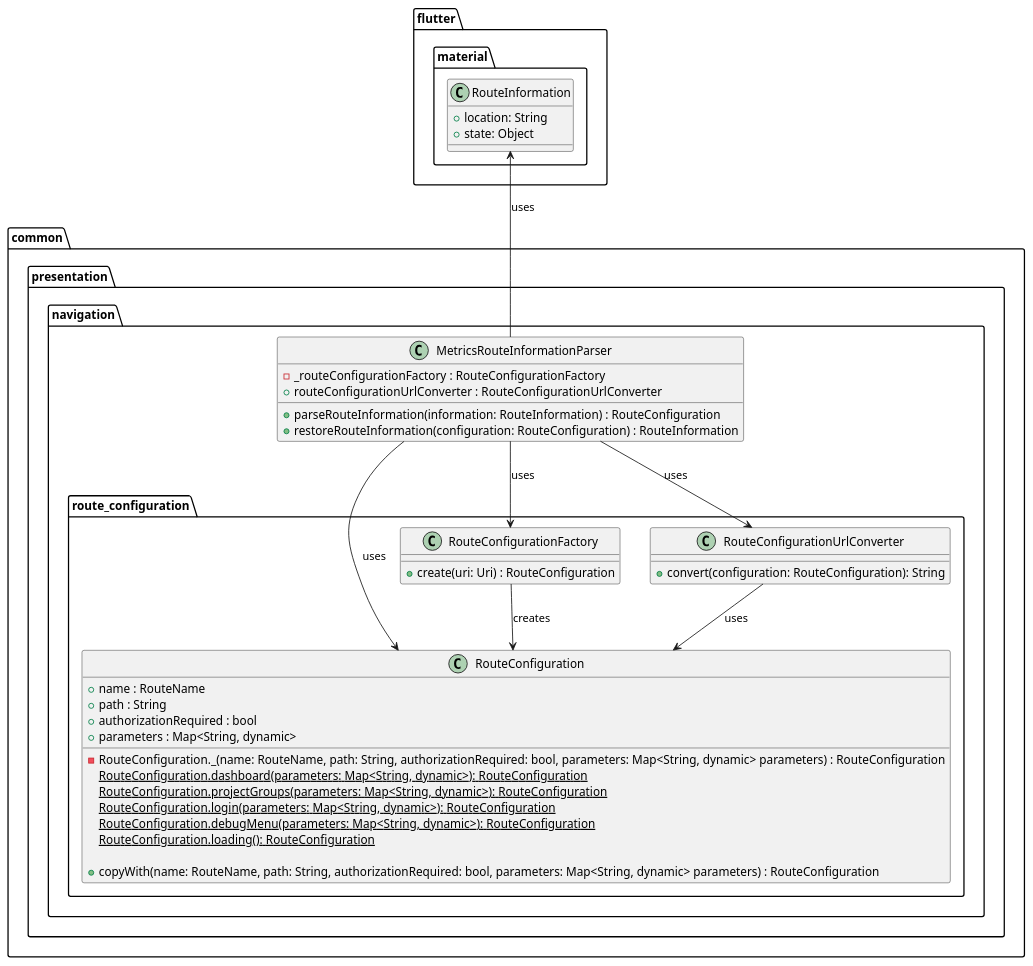
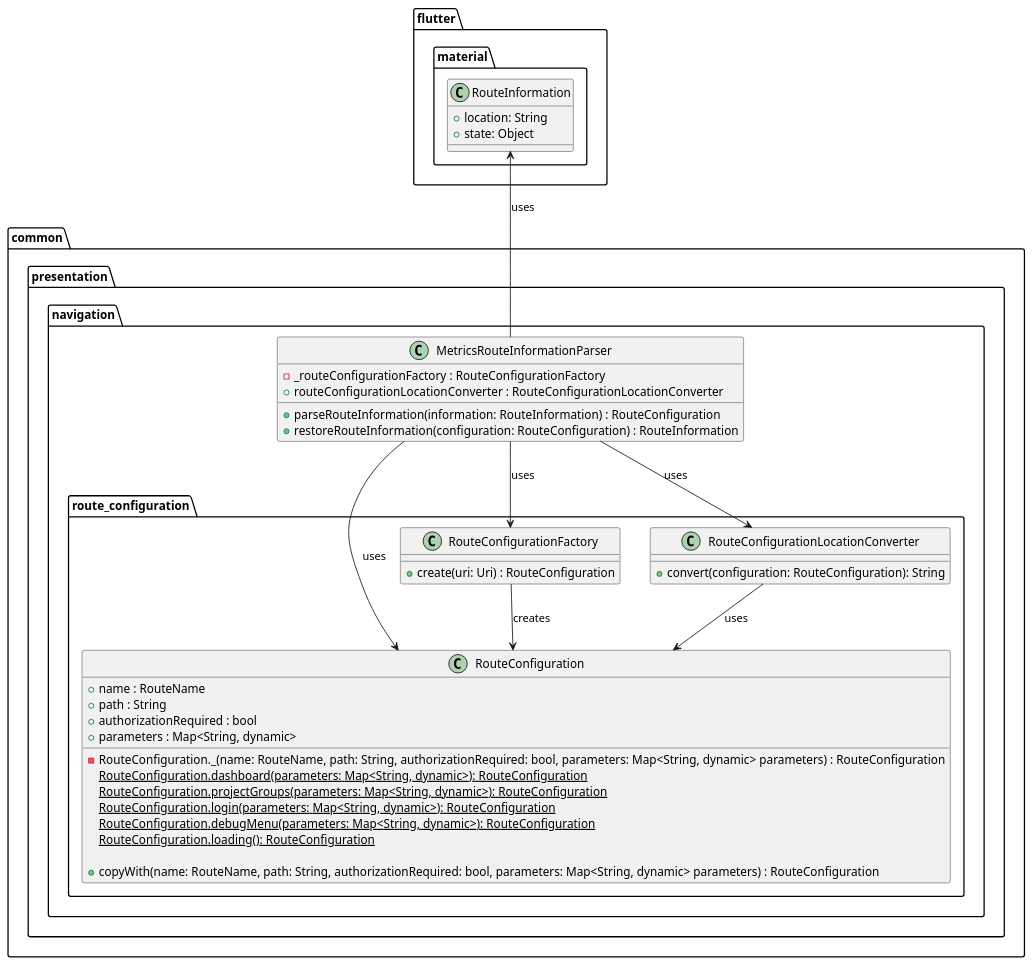
The diagram in metrics/web/docs/features/deep_links/diagrams/parsing_deep_links_class_diagram.puml (Flank/flank-dashboard), drawn with PlantUML before and after one commit. The commit also changed 1 other file, not shown here.

```diff
--- a/metrics/web/docs/features/deep_links/diagrams/parsing_deep_links_class_diagram.puml
+++ b/metrics/web/docs/features/deep_links/diagrams/parsing_deep_links_class_diagram.puml
@@ -1,55 +1,55 @@
 @startuml parsing_deep_links_class_diagram
 
 package common.presentation.navigation {
     class MetricsRouteInformationParser {
         - _routeConfigurationFactory : RouteConfigurationFactory
-        + routeConfigurationUrlConverter : RouteConfigurationUrlConverter
+        + routeConfigurationLocationConverter : RouteConfigurationLocationConverter
 
         + parseRouteInformation(information: RouteInformation) : RouteConfiguration
         + restoreRouteInformation(configuration: RouteConfiguration) : RouteInformation
     }
 
     package route_configuration {
         class RouteConfiguration {
             + name : RouteName
             + path : String
             + authorizationRequired : bool
             + parameters : Map<String, dynamic>
 
             - RouteConfiguration._(name: RouteName, path: String, authorizationRequired: bool, parameters: Map<String, dynamic> parameters) : RouteConfiguration
             {static} RouteConfiguration.dashboard(parameters: Map<String, dynamic>): RouteConfiguration
             {static} RouteConfiguration.projectGroups(parameters: Map<String, dynamic>): RouteConfiguration
             {static} RouteConfiguration.login(parameters: Map<String, dynamic>): RouteConfiguration
             {static} RouteConfiguration.debugMenu(parameters: Map<String, dynamic>): RouteConfiguration
             {static} RouteConfiguration.loading(): RouteConfiguration
 
             + copyWith(name: RouteName, path: String, authorizationRequired: bool, parameters: Map<String, dynamic> parameters) : RouteConfiguration
         }
 
         class RouteConfigurationFactory {
             + create(uri: Uri) : RouteConfiguration
         }
 
-        class RouteConfigurationUrlConverter {
+        class RouteConfigurationLocationConverter {
             + convert(configuration: RouteConfiguration): String
         }
     }
 }
 
 package flutter.material {
     class RouteInformation {
         + location: String
         + state: Object
     }
 }
 
 MetricsRouteInformationParser --> RouteConfiguration : uses
 MetricsRouteInformationParser -up-> RouteInformation : uses
 MetricsRouteInformationParser --> RouteConfigurationFactory : uses
-MetricsRouteInformationParser --> RouteConfigurationUrlConverter : uses
+MetricsRouteInformationParser --> RouteConfigurationLocationConverter : uses
 
 RouteConfigurationFactory --> RouteConfiguration : creates
 
-RouteConfigurationUrlConverter --> RouteConfiguration : uses
+RouteConfigurationLocationConverter --> RouteConfiguration : uses
 
 @enduml
```
